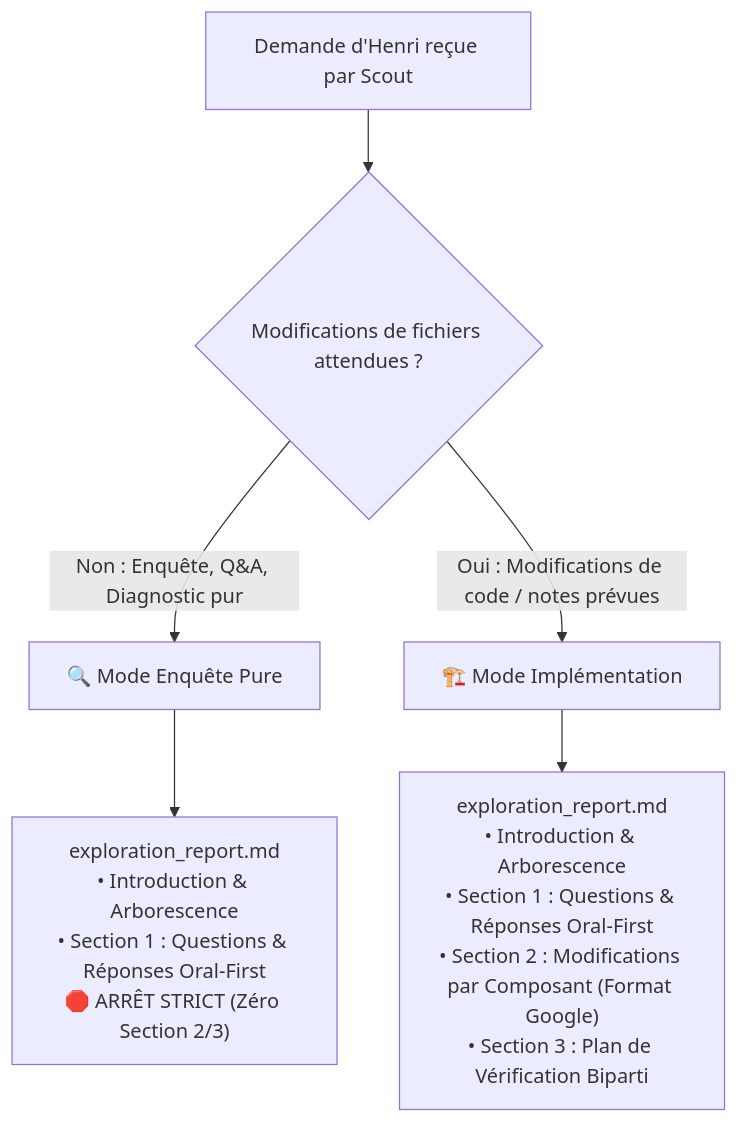
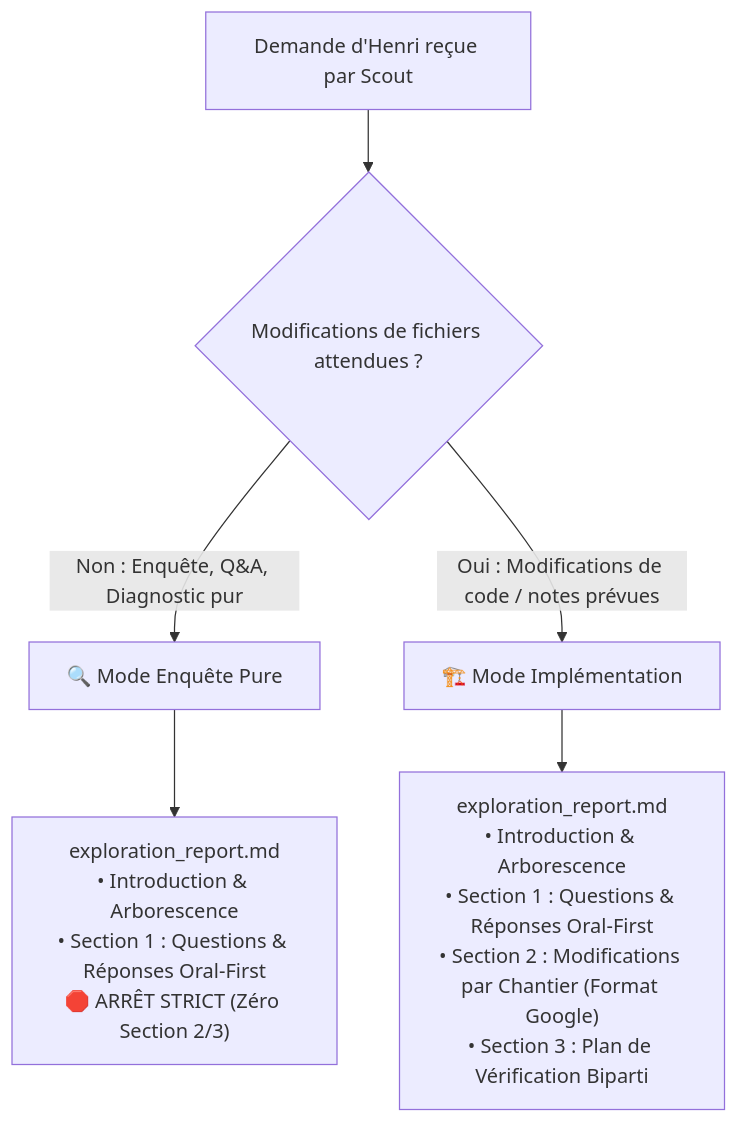
Before and after one commit to hjamet/cursor-memory-bank: the first of 2 diagrams in src/skills/scout/SKILL.md, drawn with Mermaid. The commit also changed other lines of this file and 2 other files, not shown here.

Commit message:
docs(rules): simplify playwright guardrails, align refine with scout canonical format, and enforce 1:1 subagent mapping

````diff
--- a/src/skills/scout/SKILL.md
+++ b/src/skills/scout/SKILL.md
@@ -79,9 +107,9 @@
 ```mermaid
 flowchart TD
     DEMANDE["Demande d'Henri reçue par Scout"] --> EVAL{"Modifications de fichiers attendues ?"}
     EVAL -->|Non : Enquête, Q&A, Diagnostic pur| MODE_ENQUETE["🔍 Mode Enquête Pure"]
     EVAL -->|Oui : Modifications de code / notes prévues| MODE_BUILD["🏗️ Mode Implémentation"]
     
     MODE_ENQUETE --> ART_1["exploration_report.md<br/>• Introduction & Arborescence<br/>• Section 1 : Questions & Réponses Oral-First<br/>🛑 ARRÊT STRICT (Zéro Section 2/3)"]
-    MODE_BUILD --> ART_2["exploration_report.md<br/>• Introduction & Arborescence<br/>• Section 1 : Questions & Réponses Oral-First<br/>• Section 2 : Modifications par Composant (Format Google)<br/>• Section 3 : Plan de Vérification Biparti"]
+    MODE_BUILD --> ART_2["exploration_report.md<br/>• Introduction & Arborescence<br/>• Section 1 : Questions & Réponses Oral-First<br/>• Section 2 : Modifications par Chantier (Format Google)<br/>• Section 3 : Plan de Vérification Biparti"]
 ```
````
